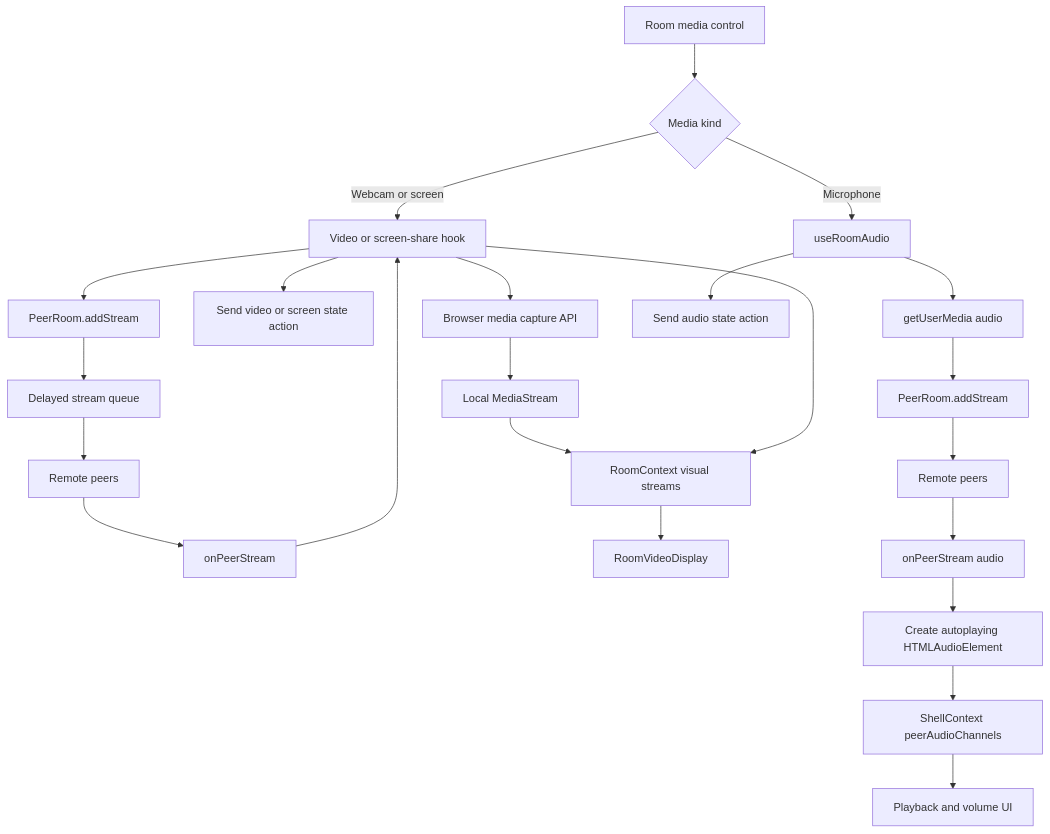
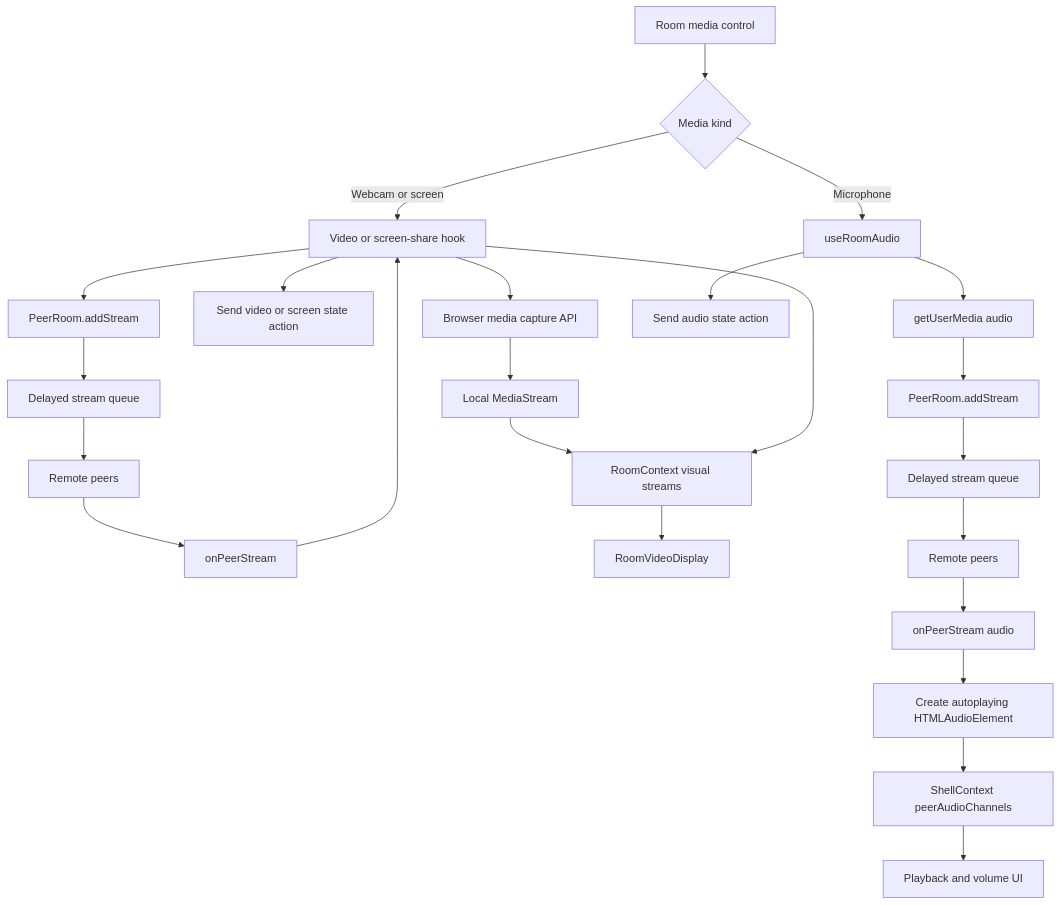
Before and after one commit to drunkod/chitchatter: the sixth of 9 diagrams in docs/architecture/codebase-runtime.md, drawn with Mermaid. The commit also changed other lines of this file and 1 other file, not shown here.

Commit message:
Clarify room fragment and SDK flows

````diff
--- a/docs/architecture/codebase-runtime.md
+++ b/docs/architecture/codebase-runtime.md
@@ -155,27 +155,28 @@
 ```mermaid
 flowchart TD
     Control[Room media control] --> Kind{Media kind}
 
     Kind -- Webcam or screen --> VisualHook[Video or screen-share hook]
     VisualHook --> VisualCapture[Browser media capture API]
     VisualCapture --> VisualLocal[Local MediaStream]
     VisualLocal --> VisualContext[RoomContext visual streams]
     VisualHook --> VisualAction[Send video or screen state action]
     VisualHook --> VisualPeerRoom[PeerRoom.addStream]
     VisualPeerRoom --> VisualQueue[Delayed stream queue]
     VisualQueue --> VisualRemote[Remote peers]
     VisualRemote --> VisualIncoming[onPeerStream]
     VisualIncoming --> VisualHook
     VisualHook --> VisualContext
     VisualContext --> Display[RoomVideoDisplay]
 
     Kind -- Microphone --> AudioHook[useRoomAudio]
     AudioHook --> AudioCapture[getUserMedia audio]
     AudioCapture --> AudioPeerRoom[PeerRoom.addStream]
     AudioHook --> AudioAction[Send audio state action]
-    AudioPeerRoom --> AudioRemote[Remote peers]
+    AudioPeerRoom --> AudioQueue[Delayed stream queue]
+    AudioQueue --> AudioRemote[Remote peers]
     AudioRemote --> AudioIncoming[onPeerStream audio]
     AudioIncoming --> AudioElement[Create autoplaying HTMLAudioElement]
     AudioElement --> AudioShell[ShellContext peerAudioChannels]
     AudioShell --> AudioUI[Playback and volume UI]
 ```
````
